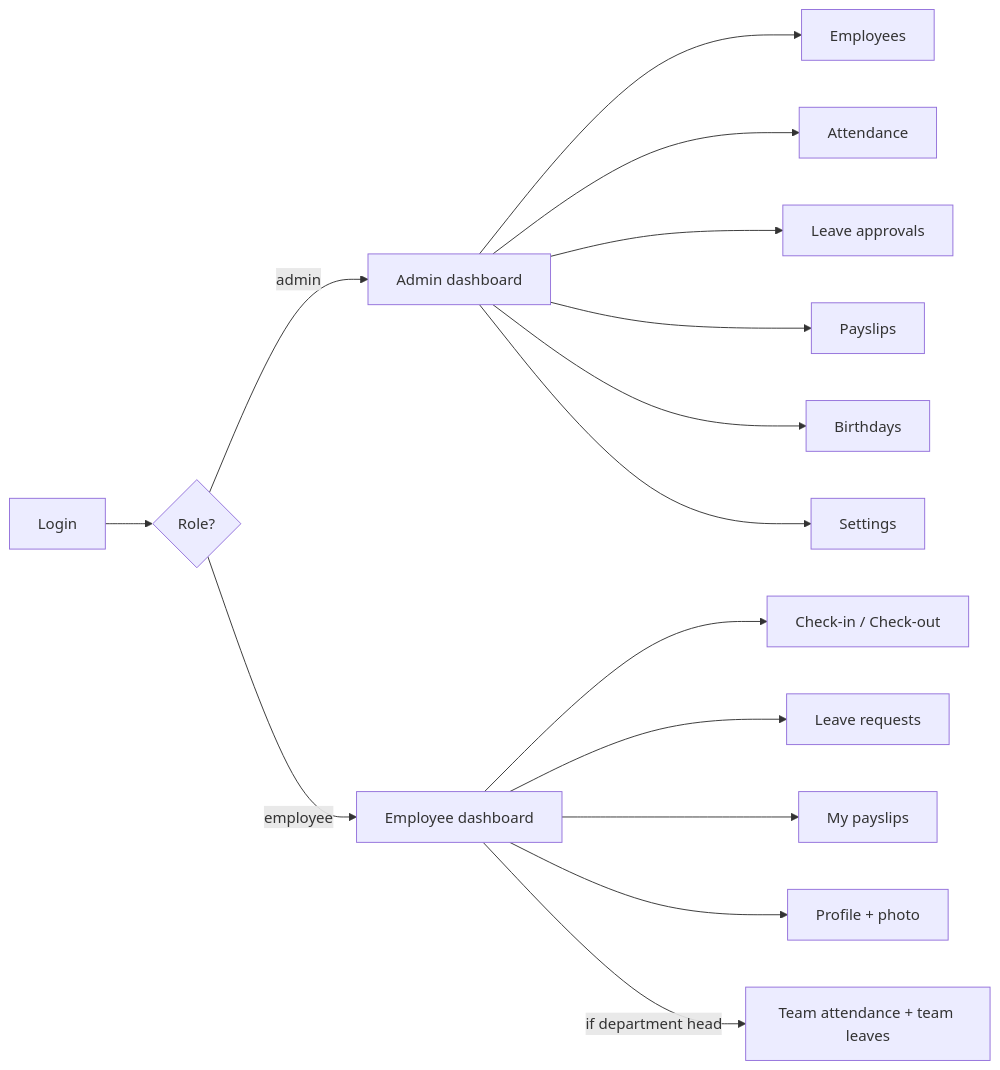
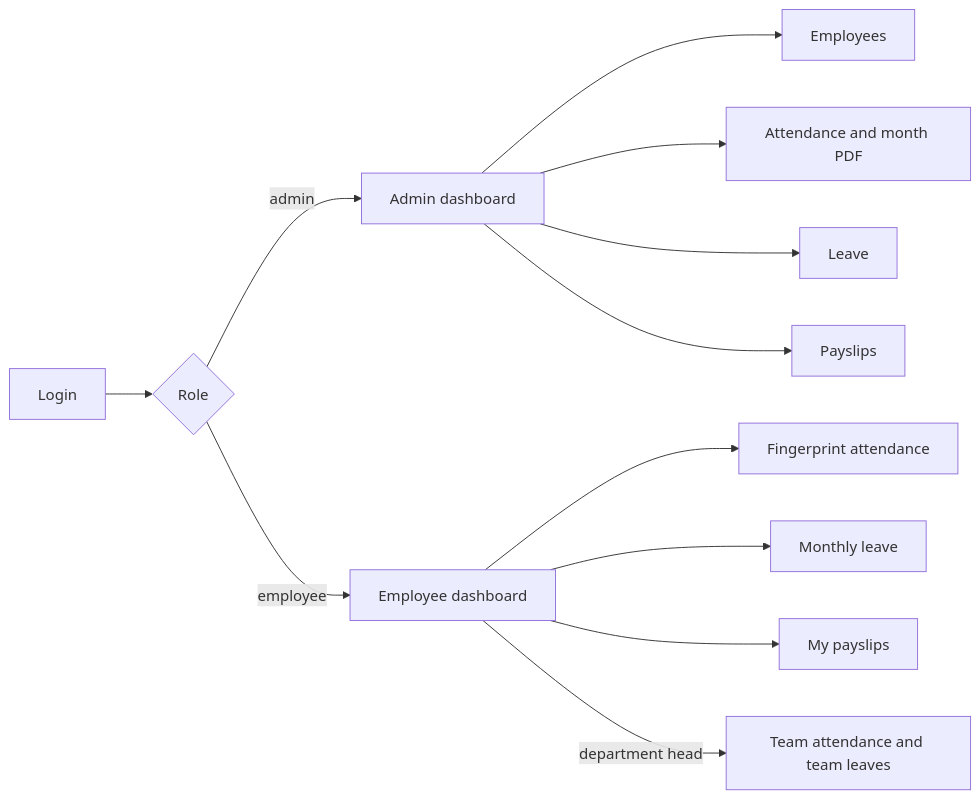
One commit to yalaride/HR-Management-System changed the second of 2 diagrams in README.md. Above: the diagram before and after it, drawn with Mermaid. The commit also changed other lines of this file and 36 other files, not shown here.

````diff
--- a/README.md
+++ b/README.md
@@ -64,20 +54,14 @@
 ```mermaid
 flowchart LR
-  L[Login] --> R{Role?}
+  L[Login] --> R{Role}
   R -->|admin| AD[Admin dashboard]
   R -->|employee| ED[Employee dashboard]
-
   AD --> EM[Employees]
-  AD --> AT[Attendance]
-  AD --> LV[Leave approvals]
+  AD --> AT[Attendance and month PDF]
+  AD --> LV[Leave]
   AD --> PS[Payslips]
-  AD --> BD[Birthdays]
-  AD --> ST[Settings]
-
-  ED --> CI[Check-in / Check-out]
-  ED --> LR[Leave requests]
+  ED --> FP[Fingerprint attendance]
+  ED --> LR[Monthly leave]
   ED --> MY[My payslips]
-  ED --> PF[Profile + photo]
-
-  ED -->|if department head| TH[Team attendance + team leaves]
+  ED -->|department head| TH[Team attendance and team leaves]
 ```
````
